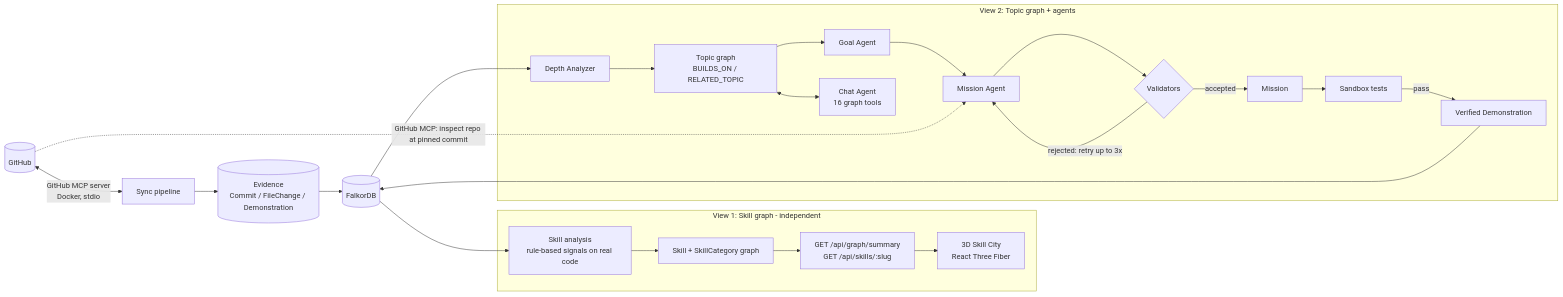
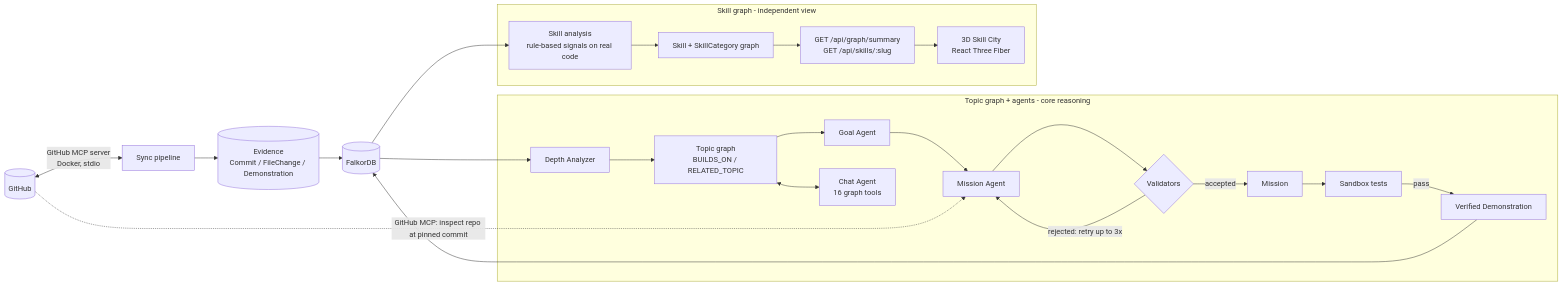
Before and after one commit to AymaanPathan/pathaway.io: the third of 16 diagrams in README.md, drawn with Mermaid. The commit also changed other lines of this file, not shown here.

````diff
--- a/README.md
+++ b/README.md
@@ -63,26 +201,26 @@
 ```mermaid
 flowchart LR
     GH[(GitHub)] <-->|GitHub MCP server<br/>Docker, stdio| SYNC[Sync pipeline]
     SYNC --> EV[(Evidence<br/>Commit / FileChange / Demonstration)]
     EV --> DB[(FalkorDB)]
 
-    subgraph A[View 1: Skill graph - independent]
-        SK[Skill analysis<br/>rule-based signals on real code] --> SG[Skill + SkillCategory graph]
-        SG --> API1["GET /api/graph/summary<br/>GET /api/skills/:slug"] --> CITY["3D Skill City<br/>React Three Fiber"]
-    end
-
-    subgraph B[View 2: Topic graph + agents]
+    subgraph B[Topic graph + agents - core reasoning]
         DA[Depth Analyzer] --> TG[Topic graph<br/>BUILDS_ON / RELATED_TOPIC]
         TG --> GA[Goal Agent] --> MA[Mission Agent]
         MA --> V{Validators}
         V -->|rejected: retry up to 3x| MA
         V -->|accepted| M[Mission] --> SB[Sandbox tests]
         SB -->|pass| VE[Verified Demonstration]
         TG <--> CH[Chat Agent<br/>16 graph tools]
     end
 
+    subgraph A[Skill graph - independent view]
+        SK[Skill analysis<br/>rule-based signals on real code] --> SG[Skill + SkillCategory graph]
+        SG --> API1["GET /api/graph/summary<br/>GET /api/skills/:slug"] --> CITY["3D Skill City<br/>React Three Fiber"]
+    end
+
+    DB --> DA
     DB --> SK
-    DB --> DA
     VE --> DB
     GH -.->|GitHub MCP: inspect repo at pinned commit| MA
 ```
````
